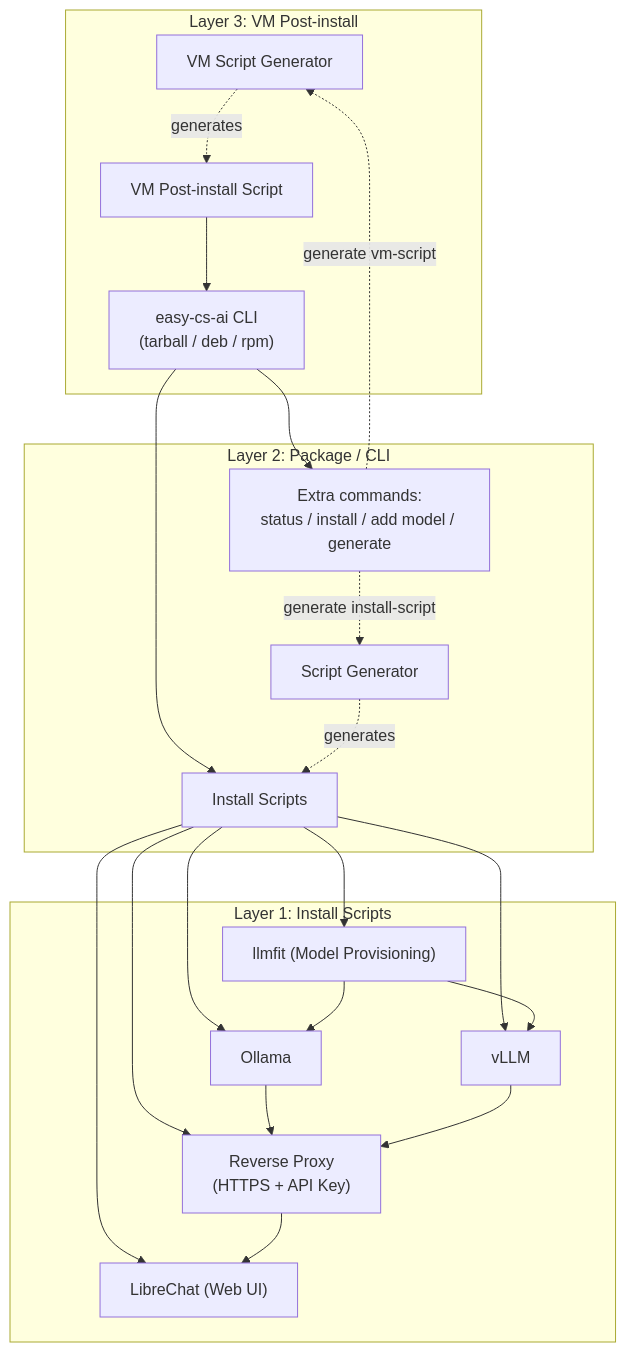
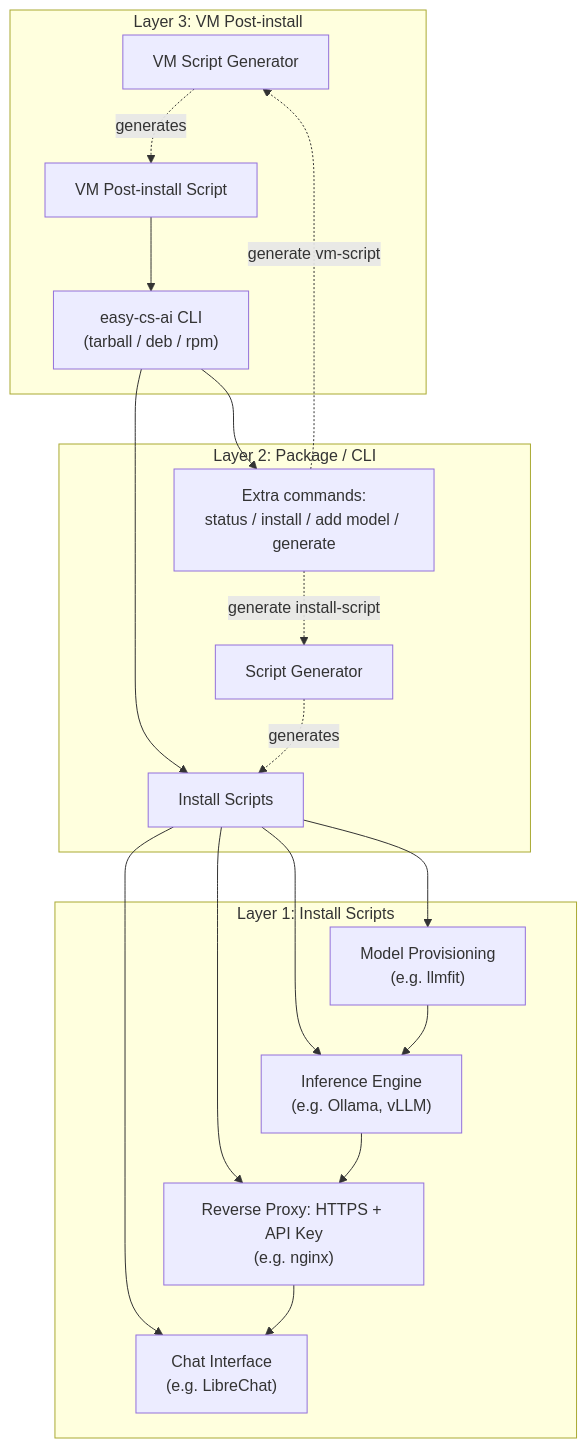
Before and after one commit to Dimsi-BS/easy-cs-ai: the diagram in README.md, drawn with Mermaid.

Commit message:
Generic graph

````diff
--- a/README.md
+++ b/README.md
@@ -23,26 +23,23 @@
 ```mermaid
 graph TD
     subgraph L3["Layer 3: VM Post-install"]
         VMGen["VM Script Generator"] -.generates.-> VM["VM Post-install Script"]
         VM --> PKG
     end
     subgraph L2["Layer 2: Package / CLI"]
         PKG["easy-cs-ai CLI\n(tarball / deb / rpm)"] --> IS
         PKG --> Extra["Extra commands:\nstatus / install / add model / generate"]
         Extra -.generate install-script.-> ISGen
         Extra -.generate vm-script.-> VMGen
     end
     subgraph L1["Layer 1: Install Scripts"]
         ISGen["Script Generator"] -.generates.-> IS["Install Scripts"]
-        IS --> Ollama
-        IS --> vLLM
-        IS --> llmfit
-        IS --> Proxy["Reverse Proxy\n(HTTPS + API Key)"]
-        IS --> LibreChat
+        IS --> Engine
+        IS --> Provisioning
+        IS --> Proxy
+        IS --> Chat
     end
-    Ollama["Ollama"] --> Proxy
-    vLLM["vLLM"] --> Proxy
-    Proxy --> LibreChat["LibreChat (Web UI)"]
-    llmfit["llmfit (Model Provisioning)"] --> Ollama
-    llmfit --> vLLM
+    Engine["Inference Engine\n(e.g. Ollama, vLLM)"] --> Proxy
+    Proxy["Reverse Proxy: HTTPS + API Key\n(e.g. nginx)"] --> Chat["Chat Interface\n(e.g. LibreChat)"]
+    Provisioning["Model Provisioning\n(e.g. llmfit)"] --> Engine
 ```
````
